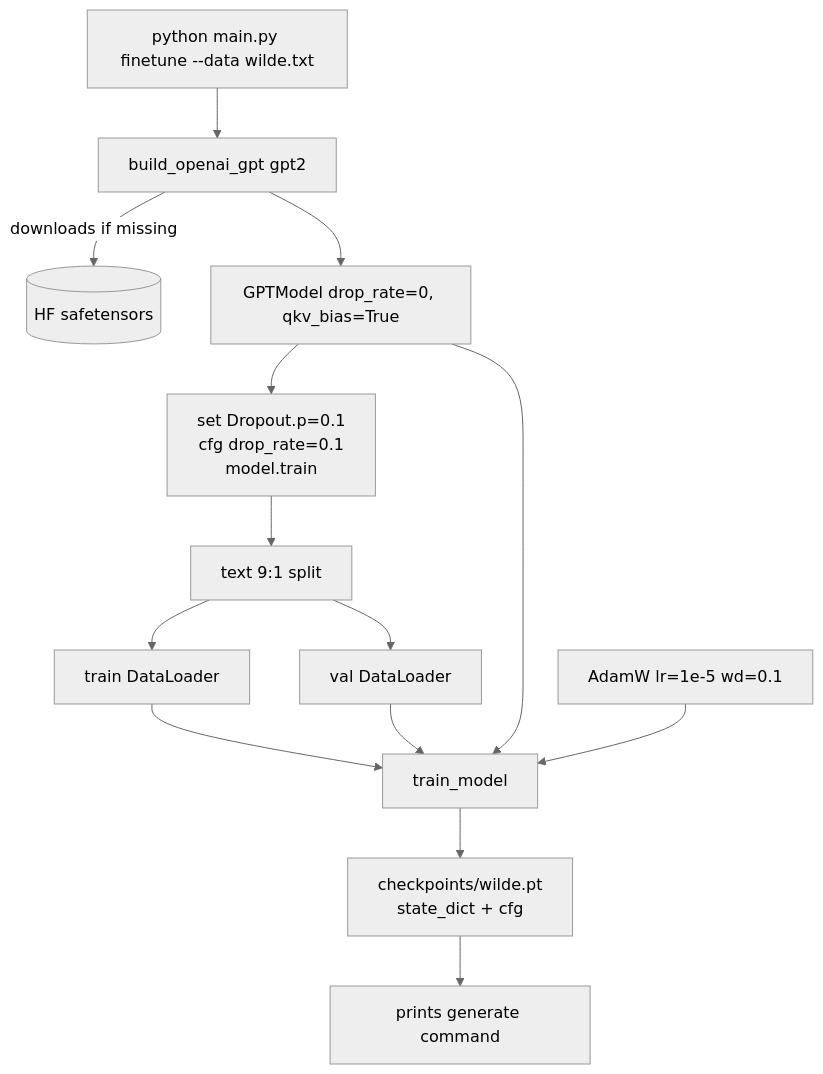
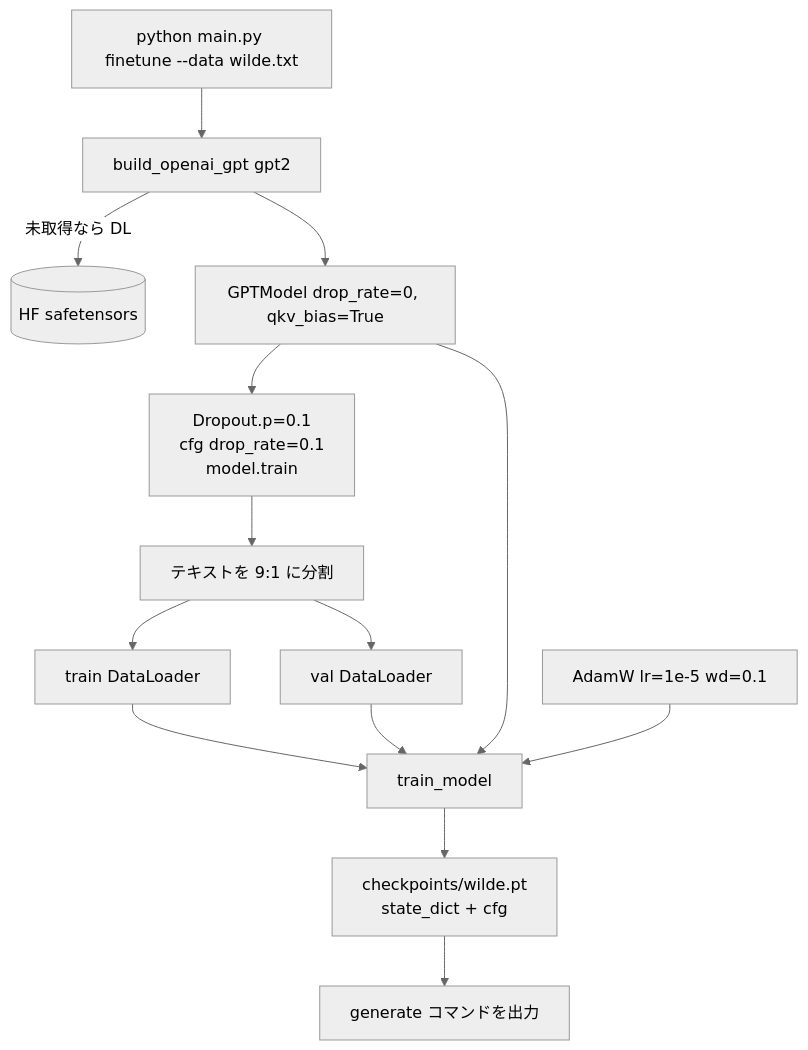
The diagram in docs/finetuning.md (cacapouh/gpt2-from-scratch), drawn with Mermaid (neutral theme) before and after one commit. The commit also changed other lines of this file and 10 other files, not shown here.

````diff
--- a/docs/finetuning.md
+++ b/docs/finetuning.md
@@ -15,16 +14,16 @@
 ```mermaid
 flowchart TD
     CLI[python main.py finetune --data wilde.txt] --> LOAD[build_openai_gpt gpt2]
-    LOAD -->|downloads if missing| HF[(HF safetensors)]
+    LOAD -->|未取得なら DL| HF[(HF safetensors)]
     LOAD --> M[GPTModel drop_rate=0, qkv_bias=True]
-    M --> FIX[set Dropout.p=0.1<br/>cfg drop_rate=0.1<br/>model.train]
-    FIX --> SPLIT[text 9:1 split]
+    M --> FIX[Dropout.p=0.1<br/>cfg drop_rate=0.1<br/>model.train]
+    FIX --> SPLIT[テキストを 9:1 に分割]
     SPLIT --> DL1[train DataLoader]
     SPLIT --> DL2[val DataLoader]
     DL1 --> TL[train_model]
     DL2 --> TL
     M --> TL
     OPT[AdamW lr=1e-5 wd=0.1] --> TL
     TL --> CKPT[checkpoints/wilde.pt<br/>state_dict + cfg]
-    CKPT --> HINT[prints generate command]
+    CKPT --> HINT[generate コマンドを出力]
 ```
````
